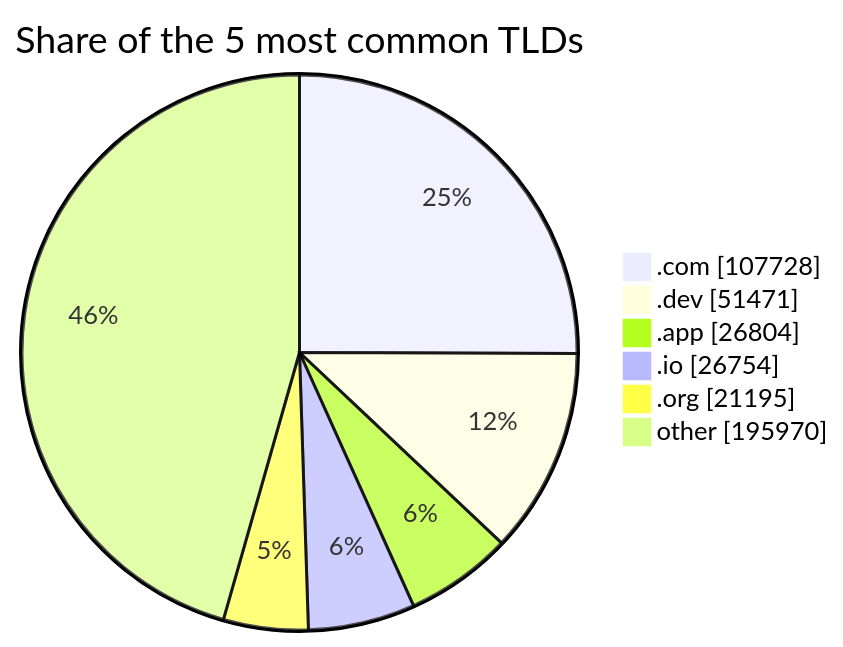
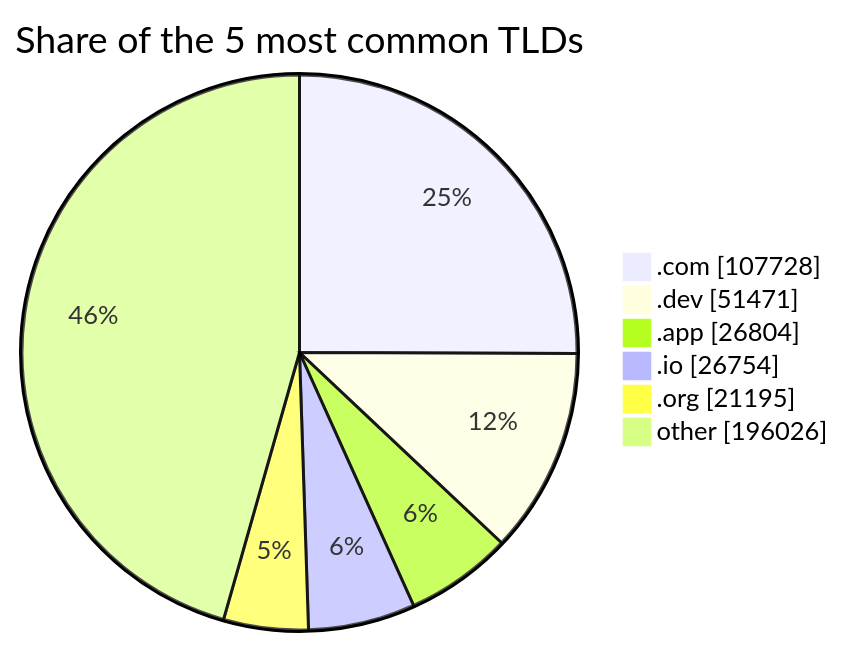
Before and after one commit to DNSBunker/CTI: the third of 3 diagrams in README.md, drawn with Mermaid. The commit also changed other lines of this file and 3 other files, not shown here.

````diff
--- a/README.md
+++ b/README.md
@@ -81,9 +81,9 @@
 ```mermaid
 pie showData title Share of the 5 most common TLDs
     ".com" : 107728
     ".dev" : 51471
     ".app" : 26804
     ".io" : 26754
     ".org" : 21195
-    "other" : 195970
+    "other" : 196026
 ```
````
